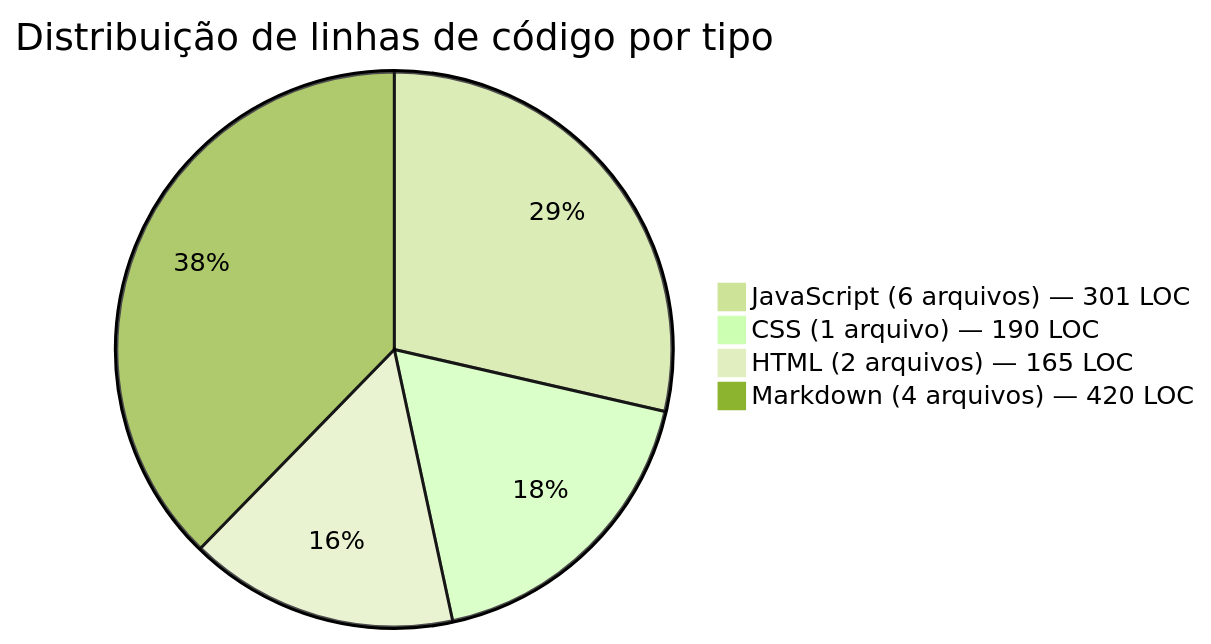
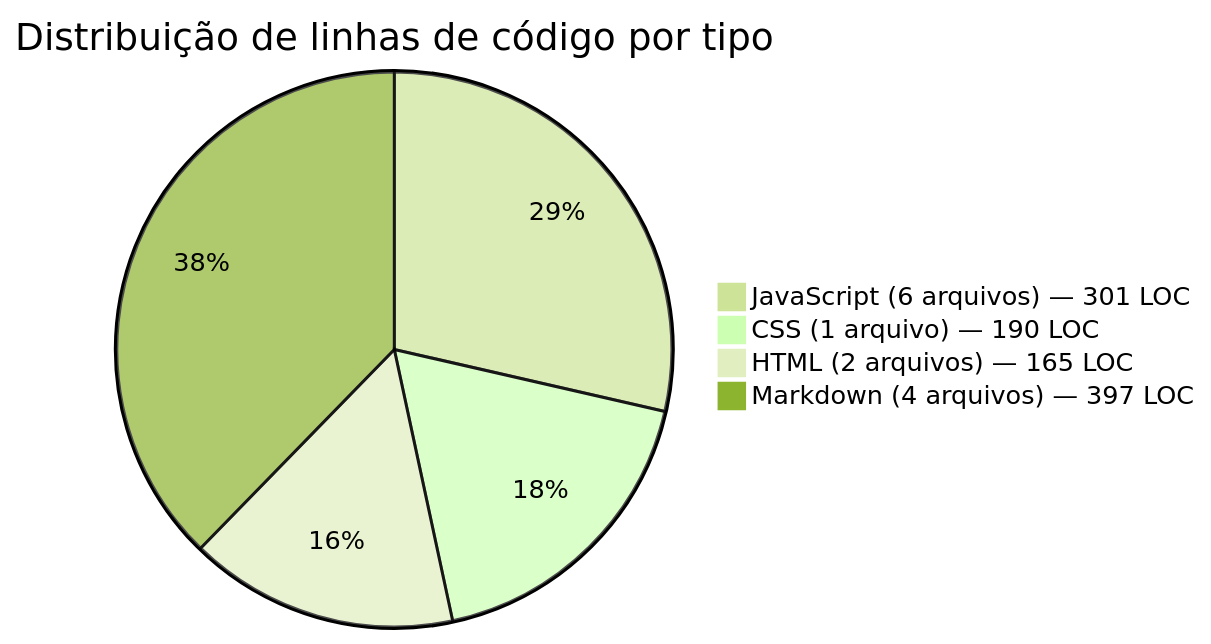
Before and after one commit to 1Rhuan/Conversor-de-Unidades: the second of 3 diagrams in Relatorio-de-Processo-Qualidade.md, drawn with Mermaid (forest theme).

Commit message:
Fix Markdown LOC count in quality report

````diff
--- a/Relatorio-de-Processo-Qualidade.md
+++ b/Relatorio-de-Processo-Qualidade.md
@@ -147,7 +147,7 @@
 ``` mermaid
 pie title Distribuição de linhas de código por tipo
 "JavaScript (6 arquivos) — 301 LOC" : 301
 "CSS (1 arquivo) — 190 LOC" : 190
 "HTML (2 arquivos) — 165 LOC" : 165
-"Markdown (4 arquivos) — 420 LOC" : 397
+"Markdown (4 arquivos) — 397 LOC" : 397
 ```
````
